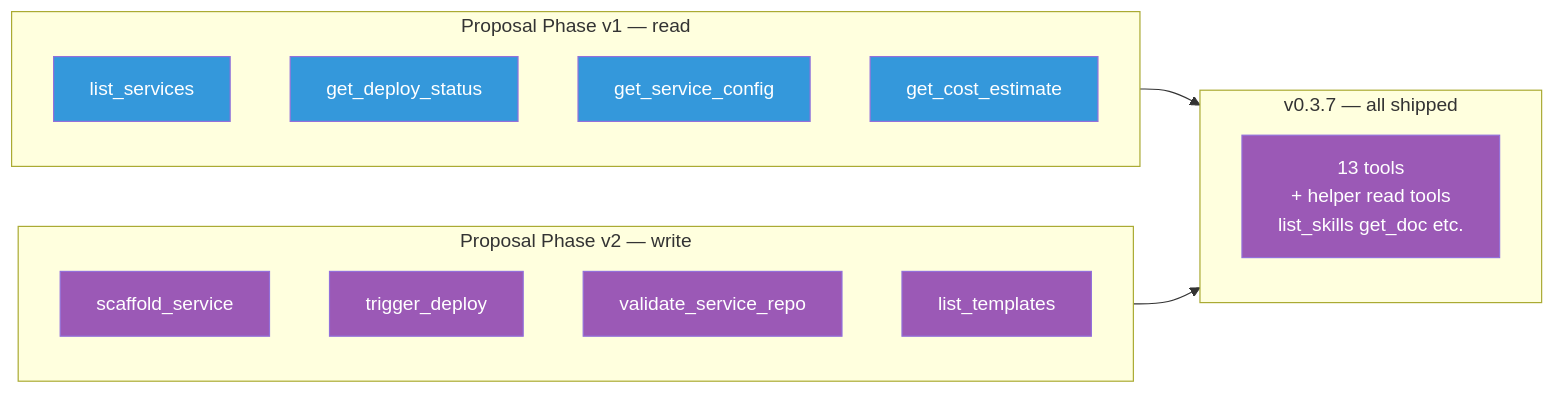
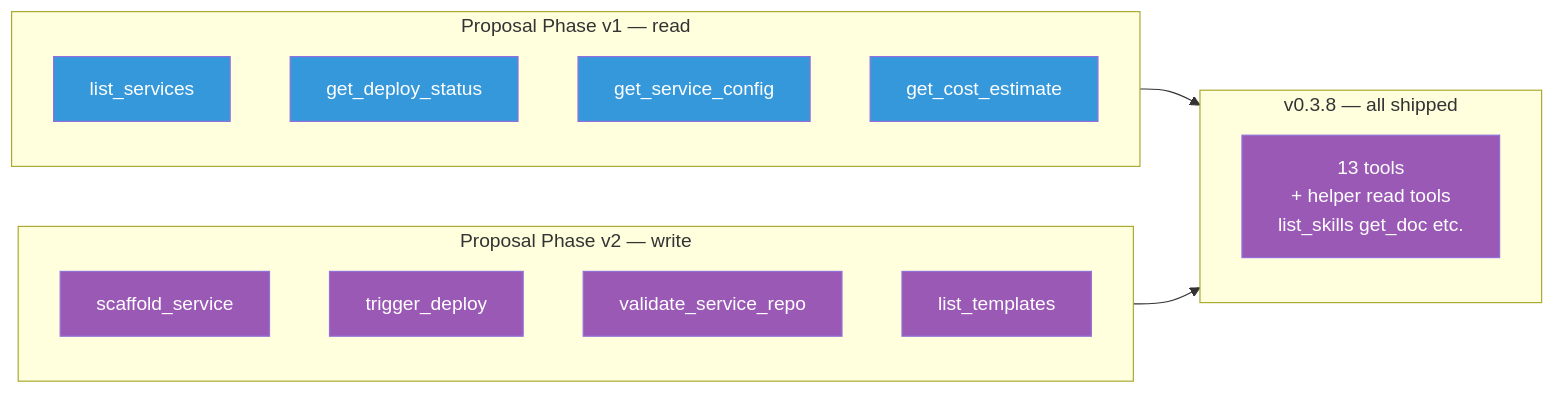
The fourth of 8 diagrams in docs/design/golden-path-mcp-evolution-architecture.md (jonathannevarez-sc/goldenpath), drawn with Mermaid before and after one commit. The commit also changed other lines of this file and 44 other files, not shown here.

````diff
--- a/docs/design/golden-path-mcp-evolution-architecture.md
+++ b/docs/design/golden-path-mcp-evolution-architecture.md
@@ -193,26 +193,26 @@
 ```mermaid
 flowchart LR
     classDef v1 fill:#3498DB,color:#fff
     classDef v2 fill:#9B59B6,color:#fff
 
     subgraph proposed_v1 ["Proposal Phase v1 — read"]
         T1["list_services"]:::v1
         T2["get_deploy_status"]:::v1
         T3["get_service_config"]:::v1
         T4["get_cost_estimate"]:::v1
     end
 
     subgraph proposed_v2 ["Proposal Phase v2 — write"]
         W1["scaffold_service"]:::v2
         W2["trigger_deploy"]:::v2
         W3["validate_service_repo"]:::v2
         W4["list_templates"]:::v2
     end
 
-    subgraph shipped ["v0.3.7 — all shipped"]
+    subgraph shipped ["v0.3.8 — all shipped"]
         ALL["13 tools\n+ helper read tools\nlist_skills get_doc etc."]:::v2
     end
 
     proposed_v1 --> shipped
     proposed_v2 --> shipped
 ```
````
